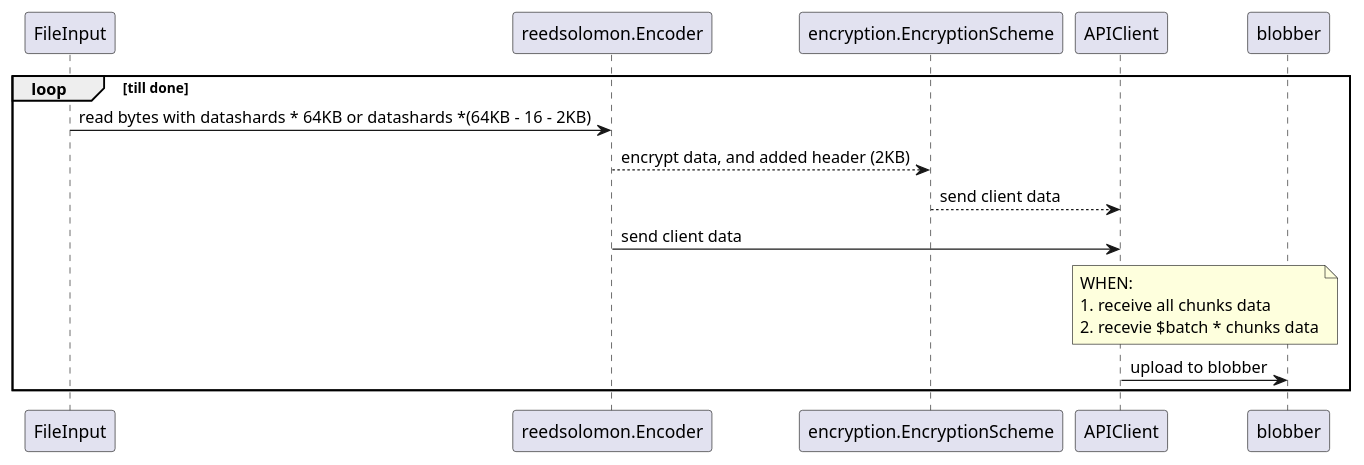
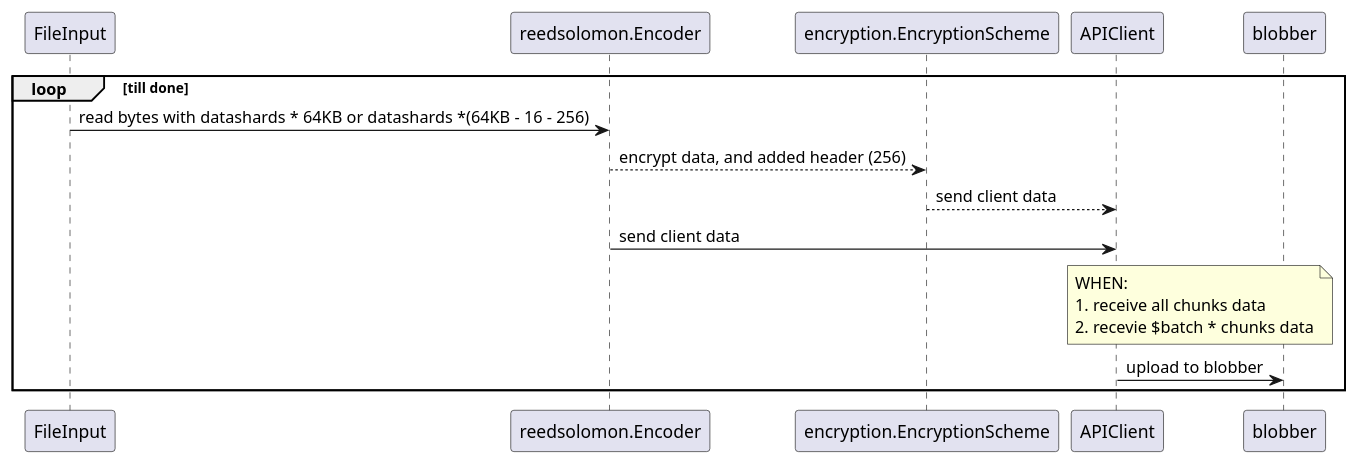
One commit to 0chain/gosdk changed the second of 2 diagrams in docs/uml/upload.puml. Above: the diagram before and after it, drawn with PlantUML. The commit also changed 7 other files, not shown here.

First line of the commit message:
Fix/reduce encryption header size (#374)

```diff
--- a/docs/uml/upload.puml
+++ b/docs/uml/upload.puml
@@ -57,18 +57,18 @@
 @startuml stream upload flow
 
 loop till done
-FileInput -> reedsolomon.Encoder : read bytes with datashards * 64KB or datashards *(64KB - 16 - 2KB)
-reedsolomon.Encoder --> encryption.EncryptionScheme : encrypt data, and added header (2KB)
+FileInput -> reedsolomon.Encoder : read bytes with datashards * 64KB or datashards *(64KB - 16 - 256)
+reedsolomon.Encoder --> encryption.EncryptionScheme : encrypt data, and added header (256)
 encryption.EncryptionScheme --> APIClient: send client data
 reedsolomon.Encoder -> APIClient: send client data
 
 note over APIClient,blobber
 WHEN:
 1. receive all chunks data
 2. recevie $batch * chunks data
 end note
 APIClient -> blobber : upload to blobber
 
 end
 
 @enduml
```
